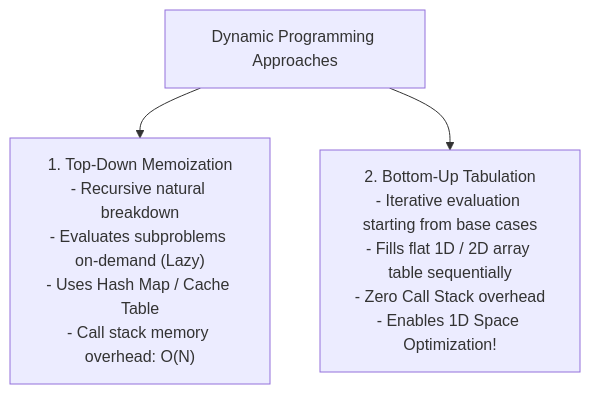
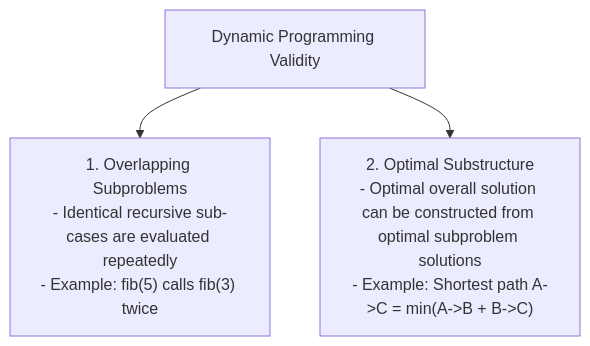
Before and after one commit to Amie-dev/engineering-playbook: the diagram in js-dsa/21-dynamic-programming.md, drawn with Mermaid. The commit also changed other lines of this file and 24 other files, not shown here.

````diff
--- a/js-dsa/21-dynamic-programming.md
+++ b/js-dsa/21-dynamic-programming.md
@@ -15,6 +7,6 @@
 ```mermaid
 flowchart TD
-    DPApproaches[Dynamic Programming Approaches] --> TopDown["1. Top-Down Memoization<br/>- Recursive natural breakdown<br/>- Evaluates subproblems on-demand (Lazy)<br/>- Uses Hash Map / Cache Table<br/>- Call stack memory overhead: O(N)"]
-
-    DPApproaches --> BottomUp["2. Bottom-Up Tabulation<br/>- Iterative evaluation starting from base cases<br/>- Fills flat 1D / 2D array table sequentially<br/>- Zero Call Stack overhead<br/>- Enables 1D Space Optimization!"]
+    DPCheck[Dynamic Programming Validity] --> Overlapping["1. Overlapping Subproblems<br/>- Identical recursive sub-cases are evaluated repeatedly<br/>- Example: fib(5) calls fib(3) twice"]
+    
+    DPCheck --> OptimalSubstructure["2. Optimal Substructure<br/>- Optimal overall solution can be constructed from optimal subproblem solutions<br/>- Example: Shortest path A->C = min(A->B + B->C)"]
 ```
````
